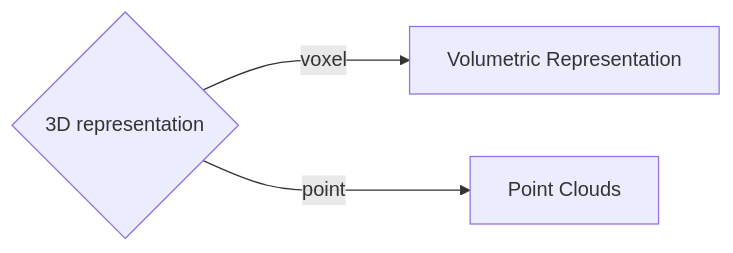
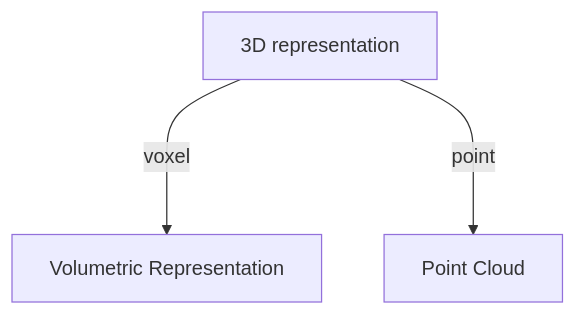
One commit to aktumar/3D_reconstruction changed the diagram in additional_info/notes.md. Above: the diagram before and after it, drawn with Mermaid. The commit also changed other lines of this file and 1 other file, not shown here.

````diff
--- a/additional_info/notes.md
+++ b/additional_info/notes.md
@@ -3,6 +3,7 @@
 ```mermaid
-graph LR;
+graph TD;
 
-	A{3D representation} -- voxel ---> B[Volumetric Representation]
-	A -- point ---> C[Point Clouds]
+	A[3D representation] -- voxel ---> B[Volumetric Representation]
+	A -- point ---> C[Point Cloud]
+	
 ```
````
